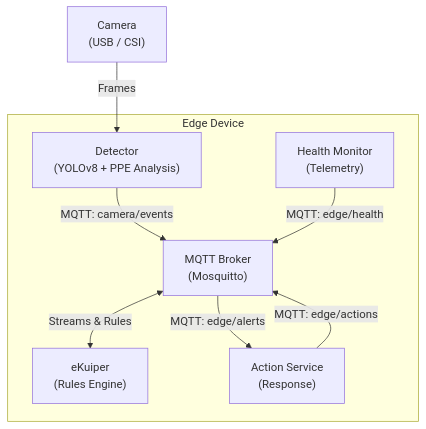
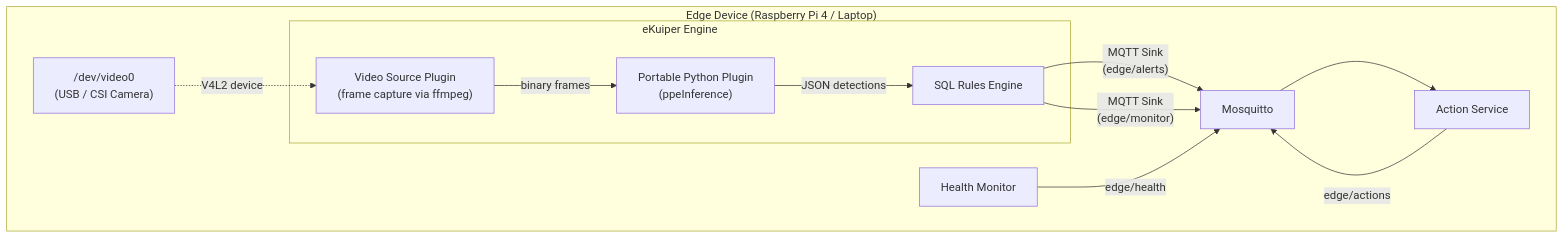
Before and after one commit to jorghee/edge-vision-system: the diagram in docs/architecture.md, drawn with Mermaid. The commit also changed other lines of this file and 16 other files, not shown here.

First line of the commit message:
refactor: migrate to eKuiper-native architecture

````diff
--- a/docs/architecture.md
+++ b/docs/architecture.md
@@ -7,12 +7,22 @@
 ```mermaid
 graph TD
-    CAM["Camera<br/>(USB / CSI)"] -->|Frames| DET["Detector<br/>(YOLOv8 + PPE Analysis)"]
+    subgraph "Edge Device (Raspberry Pi 4 / Laptop)"
+        CAM["/dev/video0<br/>(USB / CSI Camera)"] -.->|"V4L2 device"| VS
 
-    subgraph Edge Device
-        DET -->|"MQTT: camera/events"| MQTT["MQTT Broker<br/>(Mosquitto)"]
-        MQTT <-->|"Streams & Rules"| EK["eKuiper<br/>(Rules Engine)"]
-        MQTT -->|"MQTT: edge/alerts"| ACT["Action Service<br/>(Response)"]
-        ACT -->|"MQTT: edge/actions"| MQTT
-        HM["Health Monitor<br/>(Telemetry)"] -->|"MQTT: edge/health"| MQTT
+        subgraph eKuiper["eKuiper Engine"]
+            VS["Video Source Plugin<br/>(frame capture via ffmpeg)"]
+            PP["Portable Python Plugin<br/>(ppeInference)"]
+            SQL["SQL Rules Engine"]
+
+            VS -->|"binary frames"| PP
+            PP -->|"JSON detections"| SQL
+        end
+
+        SQL -->|"MQTT Sink<br/>(edge/alerts)"| MQTT["Mosquitto"]
+        SQL -->|"MQTT Sink<br/>(edge/monitor)"| MQTT
+        MQTT --> ACT["Action Service"]
+        ACT -->|"edge/actions"| MQTT
+
+        HM["Health Monitor"] -->|"edge/health"| MQTT
     end
 ```
````
